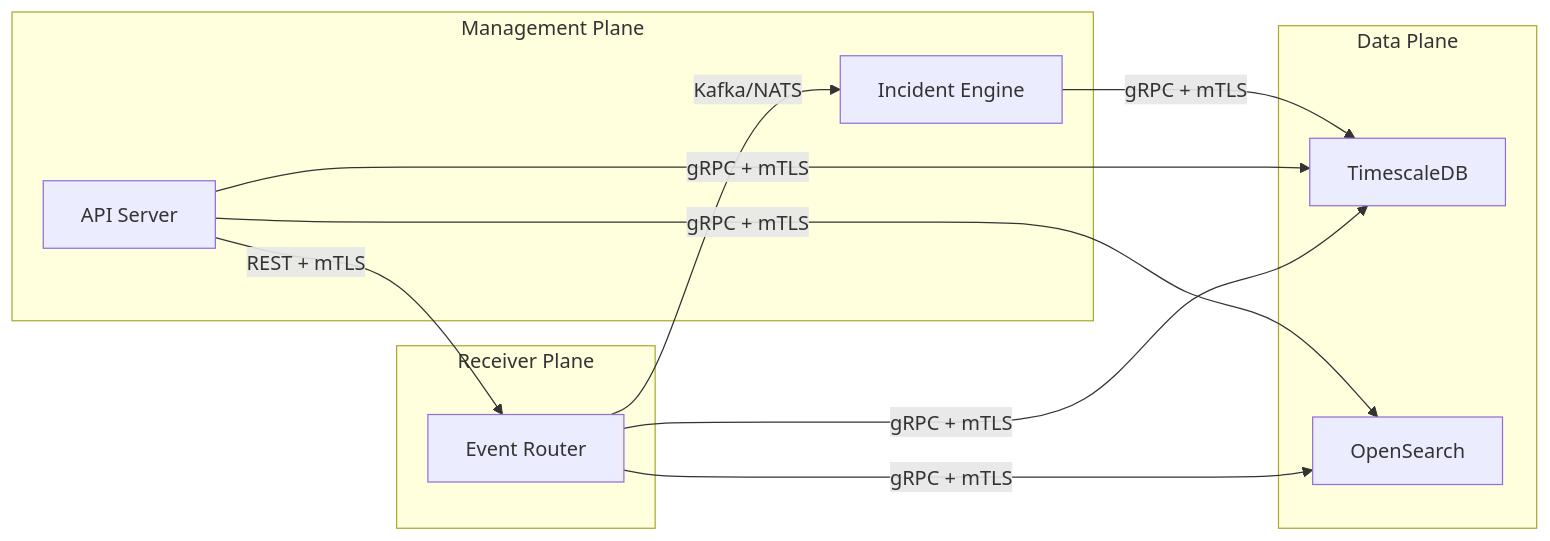
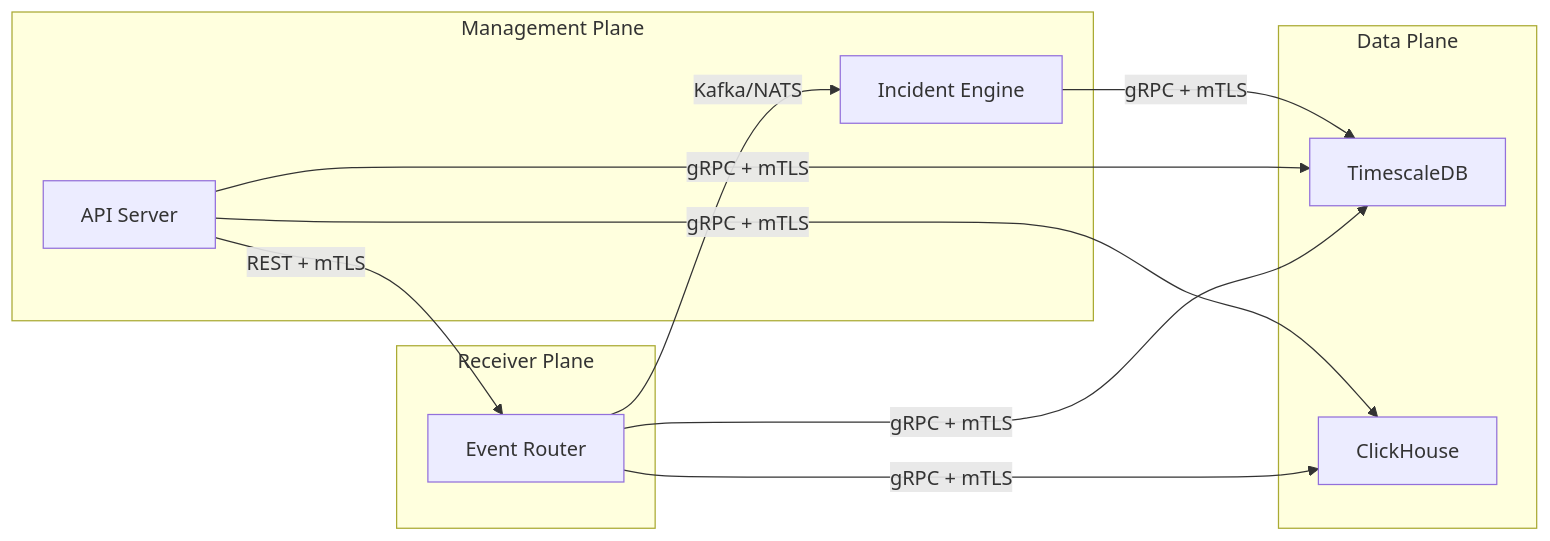
One commit to dufense/CyInsight changed the fourth of 6 diagrams in ARCHITECTURE.md. Above: the diagram before and after it, drawn with Mermaid. The commit also changed other lines of this file and 133 other files, not shown here.

````diff
--- a/ARCHITECTURE.md
+++ b/ARCHITECTURE.md
@@ -602,26 +602,26 @@
 ```mermaid
 graph LR
     subgraph "Receiver Plane"
         RP[Event Router]
     end
 
     subgraph "Management Plane"
         MP_API[API Server]
         MP_INC[Incident Engine]
     end
 
     subgraph "Data Plane"
         DP_TS[TimescaleDB]
-        DP_OS[OpenSearch]
+        DP_CH[ClickHouse]
     end
 
     RP -->|gRPC + mTLS| DP_TS
-    RP -->|gRPC + mTLS| DP_OS
+    RP -->|gRPC + mTLS| DP_CH
     RP -->|Kafka/NATS| MP_INC
 
     MP_API -->|gRPC + mTLS| DP_TS
-    MP_API -->|gRPC + mTLS| DP_OS
+    MP_API -->|gRPC + mTLS| DP_CH
     MP_INC -->|gRPC + mTLS| DP_TS
 
     MP_API -->|REST + mTLS| RP
 ```
````
